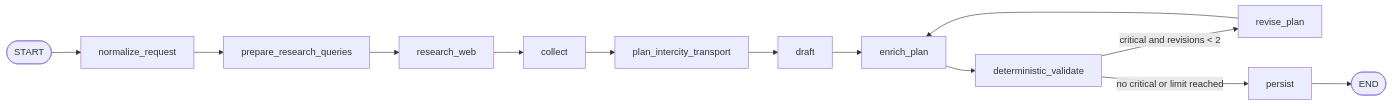
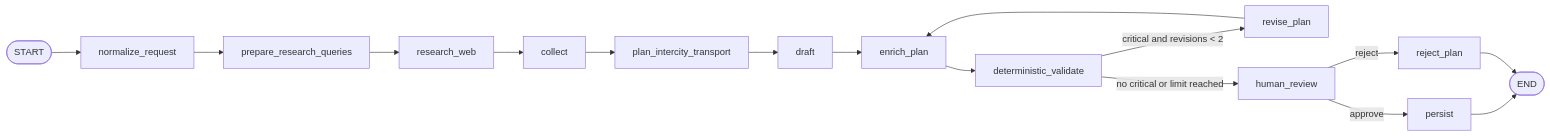
Before and after one commit to Xcaesar1/JourneyOps: the third of 4 diagrams in docs/ARCHITECTURE.md, drawn with Mermaid. The commit also changed other lines of this file and 3 other files, not shown here.

````diff
--- a/docs/ARCHITECTURE.md
+++ b/docs/ARCHITECTURE.md
@@ -119,15 +143,18 @@
 ```mermaid
 flowchart LR
     Start([START]) --> Normalize[normalize_request]
     Normalize --> Prepare[prepare_research_queries]
     Prepare --> Research[research_web]
     Research --> Collect[collect]
     Collect --> Transport[plan_intercity_transport]
     Transport --> Draft[draft]
     Draft --> Enrich[enrich_plan]
     Enrich --> Validate[deterministic_validate]
     Validate -->|"critical and revisions < 2"| Revise[revise_plan]
     Revise --> Enrich
-    Validate -->|"no critical or limit reached"| Persist[persist]
+    Validate -->|"no critical or limit reached"| Review[human_review]
+    Review -->|"approve"| Persist[persist]
+    Review -->|"reject"| Reject[reject_plan]
     Persist --> End([END])
+    Reject --> End
 ```
````
